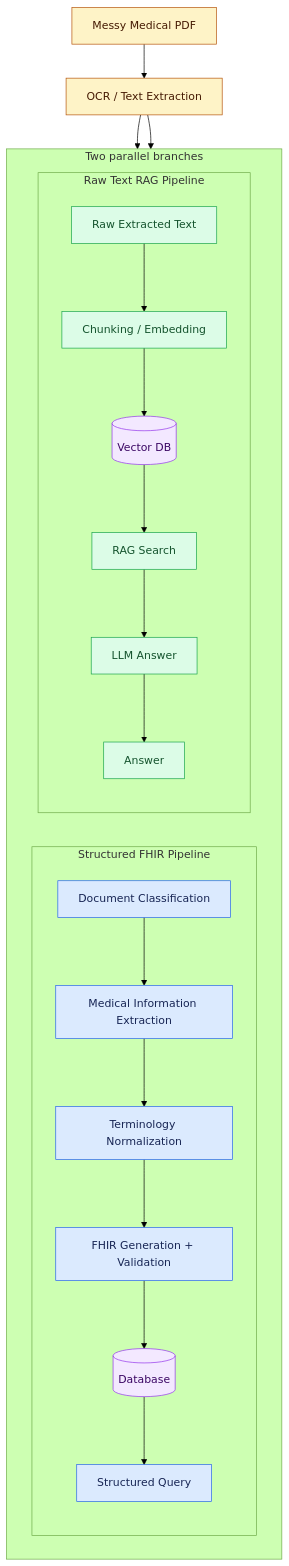
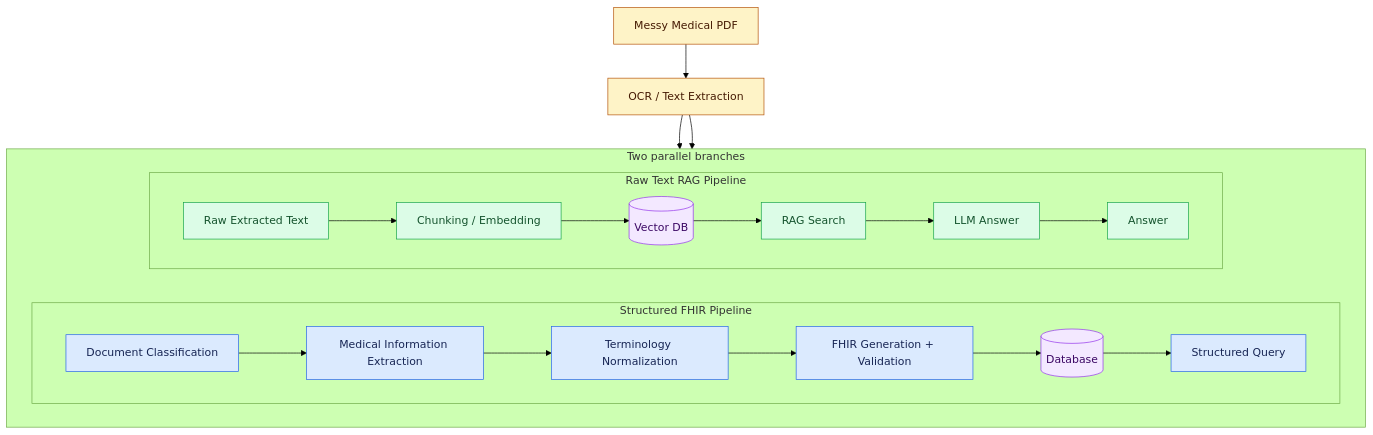
One commit to Jebaseelan2002/Canonical-medical-record-structuring- changed the diagram in README.md. Above: the diagram before and after it, drawn with Mermaid (forest theme). The commit also changed 5 other files, not shown here.

Commit message:
Complete PDF RAG and FHIR processing flow

````diff
--- a/README.md
+++ b/README.md
@@ -7,38 +7,38 @@
 ```mermaid
 flowchart TB
 	PDF[Messy Medical PDF] --> OCR[OCR / Text Extraction]
 
 	subgraph BRANCHES[Two parallel branches]
 		direction LR
 		subgraph FHIR_PIPELINE[Structured FHIR Pipeline]
-			direction TB
+				direction LR
 			CLASS[Document Classification] --> EXTRACT[Medical Information Extraction]
 			EXTRACT --> NORMALIZE[Terminology Normalization]
 			NORMALIZE --> FHIR[FHIR Generation + Validation]
 			FHIR --> DB[(Database)]
 			DB --> STRUCTURED[Structured Query]
 		end
 
 		subgraph RAG_PIPELINE[Raw Text RAG Pipeline]
-			direction TB
+			direction LR
 			RAW[Raw Extracted Text] --> EMBED[Chunking / Embedding]
 			EMBED --> VECTOR[(Vector DB)]
 			VECTOR --> RAG[RAG Search]
 			RAG --> LLM[LLM Answer]
 			LLM --> ANSWER[Answer]
 		end
 	end
 
 	OCR --> CLASS
 	OCR --> RAW
 
 	classDef source fill:#fef3c7,stroke:#b45309,color:#451a03
 	classDef structured fill:#dbeafe,stroke:#2563eb,color:#172554
 	classDef rag fill:#dcfce7,stroke:#16a34a,color:#14532d
 	classDef storage fill:#f3e8ff,stroke:#9333ea,color:#3b0764
 
 	class PDF,OCR source
 	class CLASS,EXTRACT,NORMALIZE,FHIR,STRUCTURED structured
 	class RAW,EMBED,RAG,LLM,ANSWER rag
 	class DB,VECTOR storage
 ```
````
